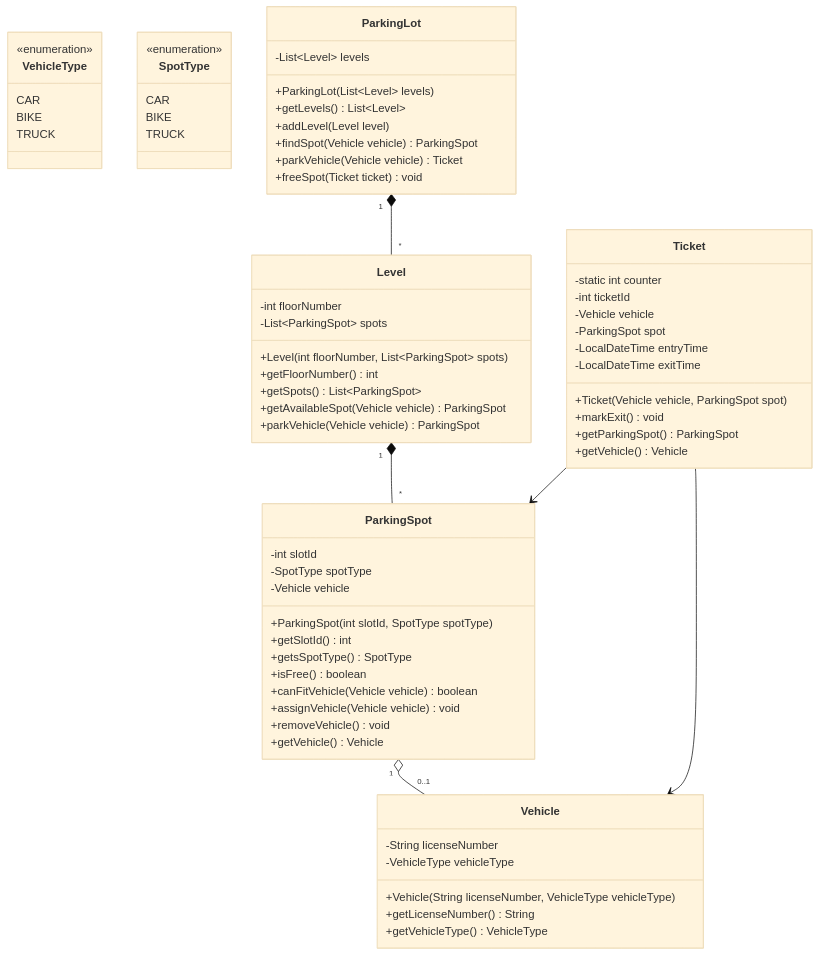
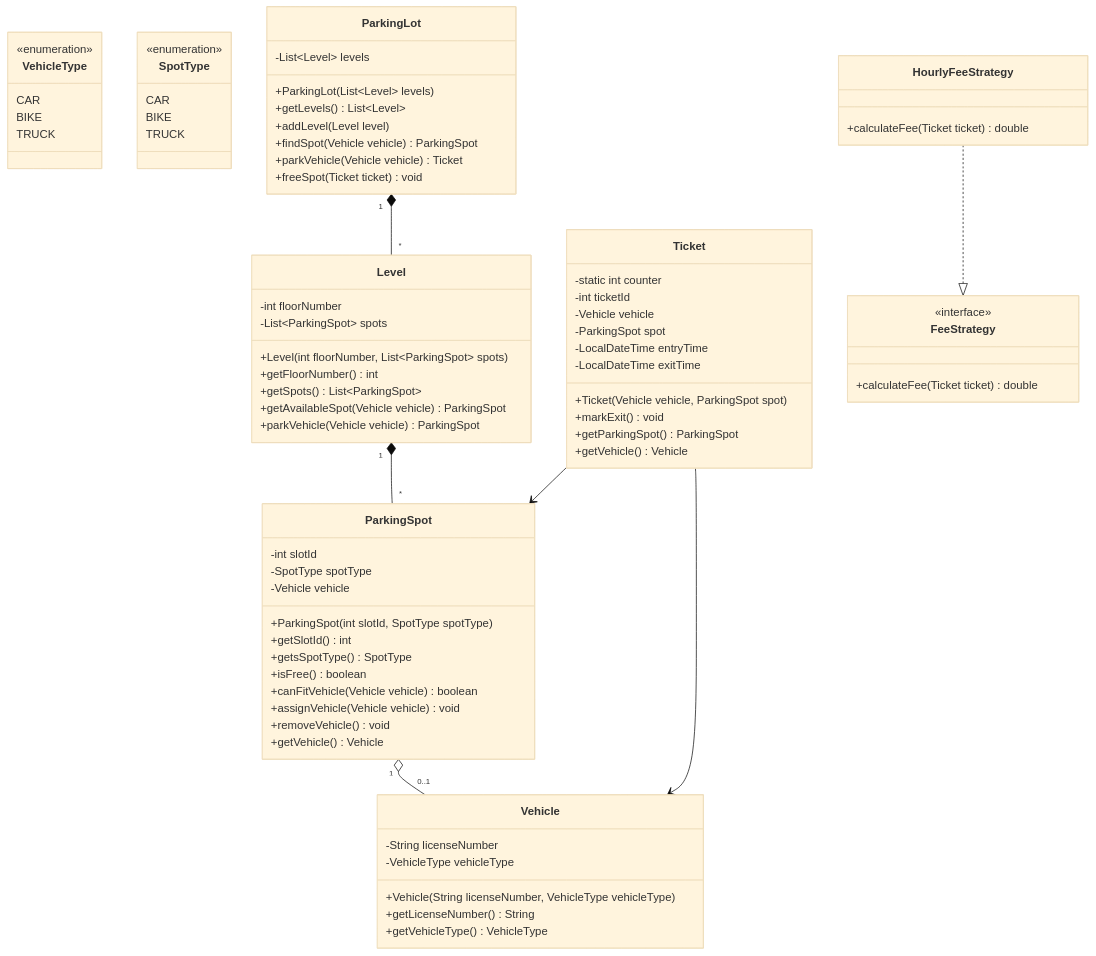
The diagram in Parking_Lot/Discussion.md (ashutosh11019/LLD-Problems), drawn with Mermaid (base theme) before and after one commit. The commit also changed other lines of this file and 4 other files, not shown here.

Commit message:
Parking Lot: Ticket Fee Added

````diff
--- a/Parking_Lot/Discussion.md
+++ b/Parking_Lot/Discussion.md
@@ -83,9 +83,19 @@
         +freeSpot(Ticket ticket) void
     }
 
+    class FeeStrategy {
+        <<interface>>
+        +calculateFee(Ticket ticket) double
+    }
+
+    class HourlyFeeStrategy {
+        +calculateFee(Ticket ticket) double
+    }
+
     ParkingLot "1" *-- "*" Level
     Level "1" *-- "*" ParkingSpot
     ParkingSpot "1" o-- "0..1" Vehicle
     Ticket --> Vehicle
     Ticket --> ParkingSpot
+    HourlyFeeStrategy ..|> FeeStrategy
 ```
````
